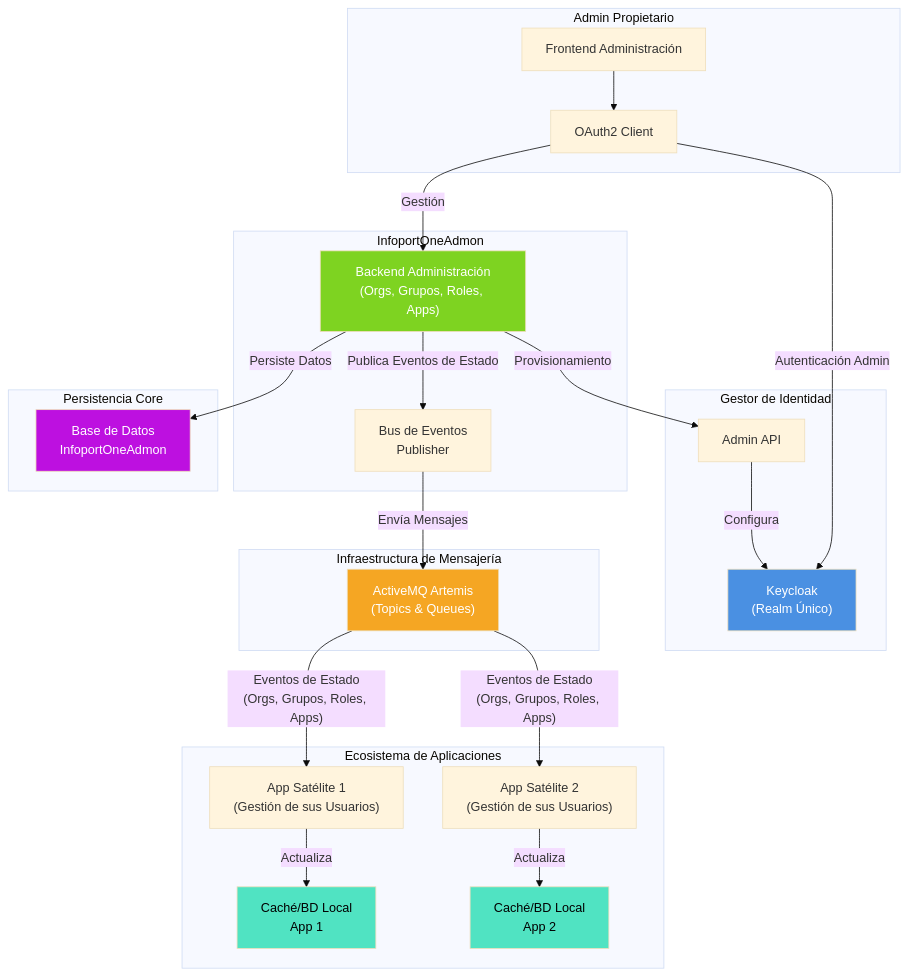
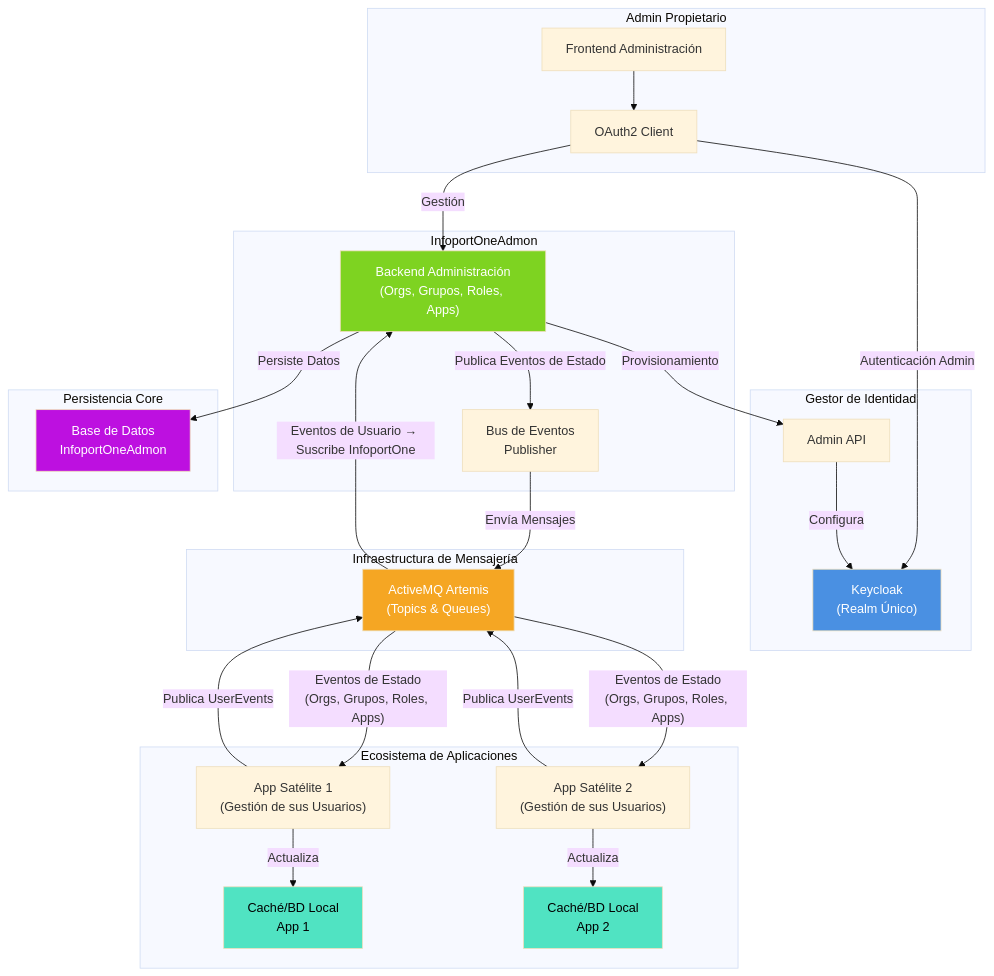
One commit to malbert-infoport/AI4Devs changed the first of 7 diagrams in 01-Descripción general del Producto.md. Above: the diagram before and after it, drawn with Mermaid (base theme). The commit also changed other lines of this file and 1 other file, not shown here.

Commit message:
Se añaden los usuarios mediante eventos

````diff
--- a/01-Descripción general del Producto.md
+++ b/01-Descripción general del Producto.md
@@ -210,62 +212,66 @@
 ```mermaid
 graph TB
     subgraph Cliente_Admin[Admin Propietario]
         A1[Frontend Administración]
         A2[OAuth2 Client]
     end
     
     subgraph Gestor_Identidad[Gestor de Identidad]
         K1["Keycloak<br/>(Realm Único)"]
         K2["Admin API"]
     end
     
     subgraph InfoportOneAdmon[InfoportOneAdmon]
         S1["Backend Administración<br/>(Orgs, Grupos, Roles, Apps)"]
         S2["Bus de Eventos<br/>Publisher"]
     end
     
     subgraph Infra_Mensajeria[Infraestructura de Mensajería]
         E1["ActiveMQ Artemis<br/>(Topics & Queues)"]
     end
     
     subgraph PersistenciaCore[Persistencia Core]
         D1["Base de Datos<br/>InfoportOneAdmon"]
     end
     
     subgraph EcosistemaApps[Ecosistema de Aplicaciones]
         AP1["App Satélite 1<br/>(Gestión de sus Usuarios)"]
         AP2["App Satélite 2<br/>(Gestión de sus Usuarios)"]
         C1["Caché/BD Local<br/>App 1"]
         C2["Caché/BD Local<br/>App 2"]
     end
     
     %% Relaciones Administrativas
     A1 --> A2
     A2 -- "Autenticación Admin" --> K1
     A2 -- "Gestión" --> S1
     
     %% Orquestación con Keycloak
     S1 -- "Provisionamiento" --> K2
     K2 -- "Configura" --> K1
     
     %% Persistencia y Eventos
     S1 -- "Persiste Datos" --> D1
     S1 -- "Publica Eventos de Estado" --> S2
     S2 -- "Envía Mensajes" --> E1
     
     %% Consumo de Eventos por Apps (ÚNICA VÍA DE COMUNICACIÓN)
     E1 -- "Eventos de Estado<br/>(Orgs, Grupos, Roles, Apps)" --> AP1
     E1 -- "Eventos de Estado<br/>(Orgs, Grupos, Roles, Apps)" --> AP2
+    %% Eventos de Usuario (Apps → Broker → InfoportOne)
+    AP1 -- "Publica UserEvents" --> E1
+    AP2 -- "Publica UserEvents" --> E1
+    E1 -- "Eventos de Usuario → Suscribe InfoportOne" --> S1
     
     %% Apps mantienen caché local
     AP1 -- "Actualiza" --> C1
     AP2 -- "Actualiza" --> C2
     
     %% Estilos
     style K1 fill:#4A90E2,color:#fff
     style S1 fill:#7ED321,color:#fff
     style E1 fill:#F5A623,color:#fff
     style D1 fill:#BD10E0,color:#fff
     style C1 fill:#50E3C2,color:#000
     style C2 fill:#50E3C2,color:#000
 ```
````
